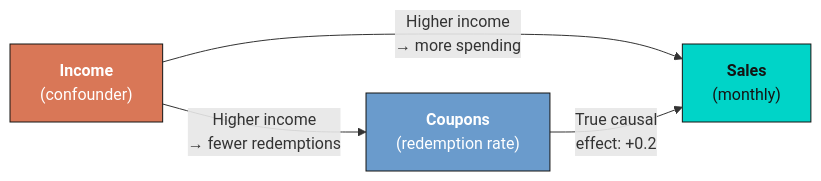
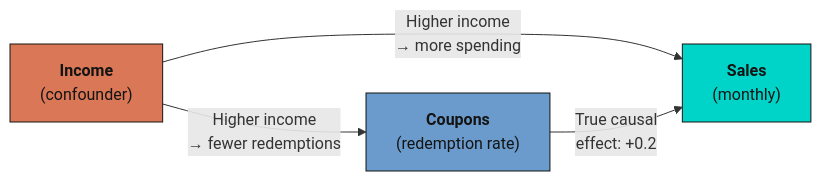
One commit to cmg777/starter-academic-v501 changed the second of 2 diagrams in content/post/python_fwl/index.md. Above: the diagram before and after it, drawn with Mermaid. The commit also changed other lines of this file and 67 other files, not shown here.

First line of the commit message:
fix(mermaid): readable diagram text in both themes across the site

````diff
--- a/content/post/python_fwl/index.md
+++ b/content/post/python_fwl/index.md
@@ -305,10 +305,10 @@
 ```mermaid
 graph LR
     I["<b>Income</b><br/>(confounder)"] -->|"Higher income<br/>→ fewer redemptions"| C["<b>Coupons</b><br/>(redemption rate)"]
     I -->|"Higher income<br/>→ more spending"| S["<b>Sales</b><br/>(monthly)"]
     C -->|"True causal<br/>effect: +0.2"| S
 
-    style I fill:#d97757,stroke:#141413,color:#fff
-    style C fill:#6a9bcc,stroke:#141413,color:#fff
+    style I fill:#d97757,stroke:#141413,color:#141413
+    style C fill:#6a9bcc,stroke:#141413,color:#141413
     style S fill:#00d4c8,stroke:#141413,color:#141413
 ```
````
